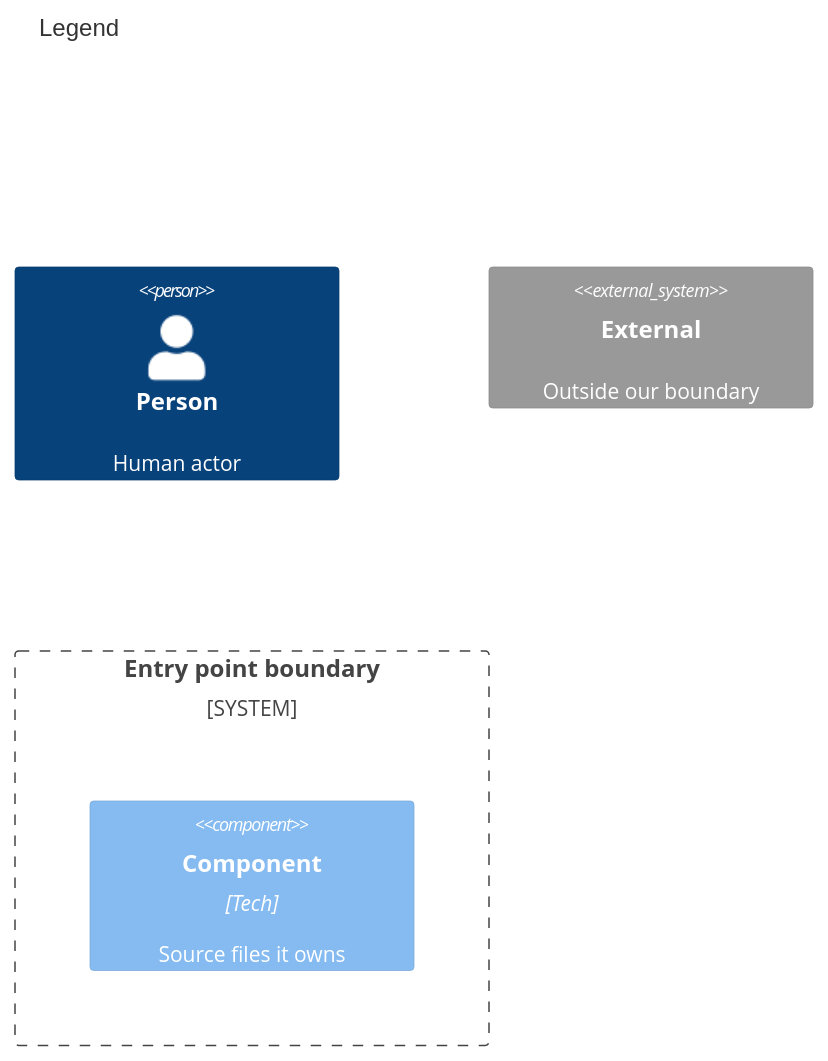
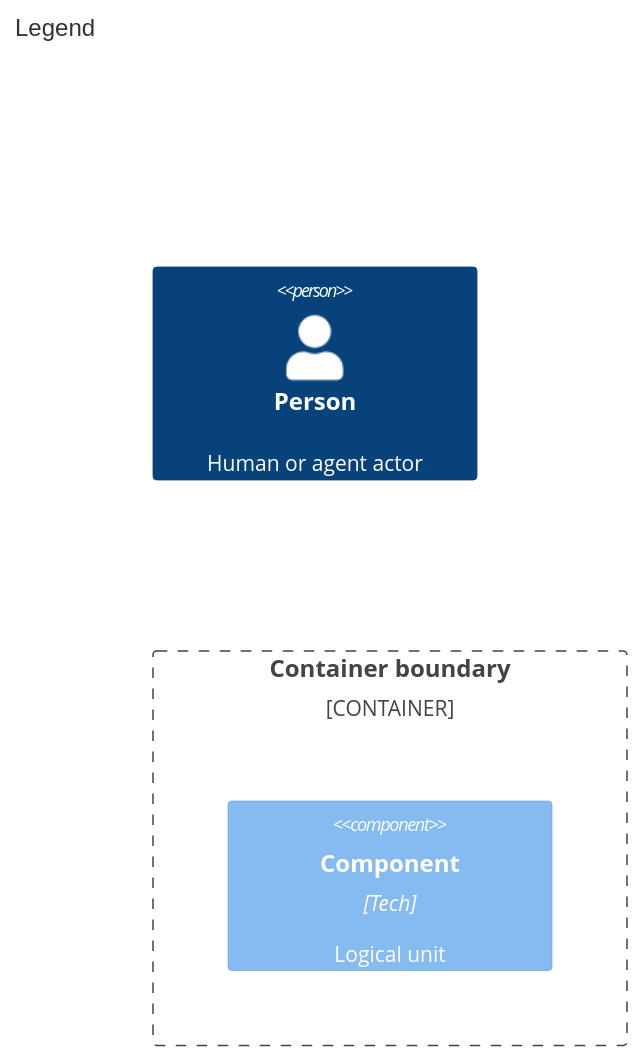
The second of 2 diagrams in docs/architecture/03-components.md (may-journal/Stratum-Observability), drawn with Mermaid before and after one commit. The commit also changed other lines of this file and 9 other files, not shown here.

First line of the commit message:
docs(architecture): conform the five views to fitness-runner's templates

````diff
--- a/docs/architecture/03-components.md
+++ b/docs/architecture/03-components.md
@@ -61,10 +43,9 @@
 ```mermaid
 C4Component
     title Legend
 
-    Person(p, "Person", "Human actor")
-    System_Boundary(b, "Entry point boundary") {
-        Component(c, "Component", "Tech", "Source files it owns")
+    Person(p, "Person", "Human or agent actor")
+    Container_Boundary(cb, "Container boundary") {
+        Component(c, "Component", "Tech", "Logical unit")
     }
-    System_Ext(e, "External", "Outside our boundary")
 ```
````
